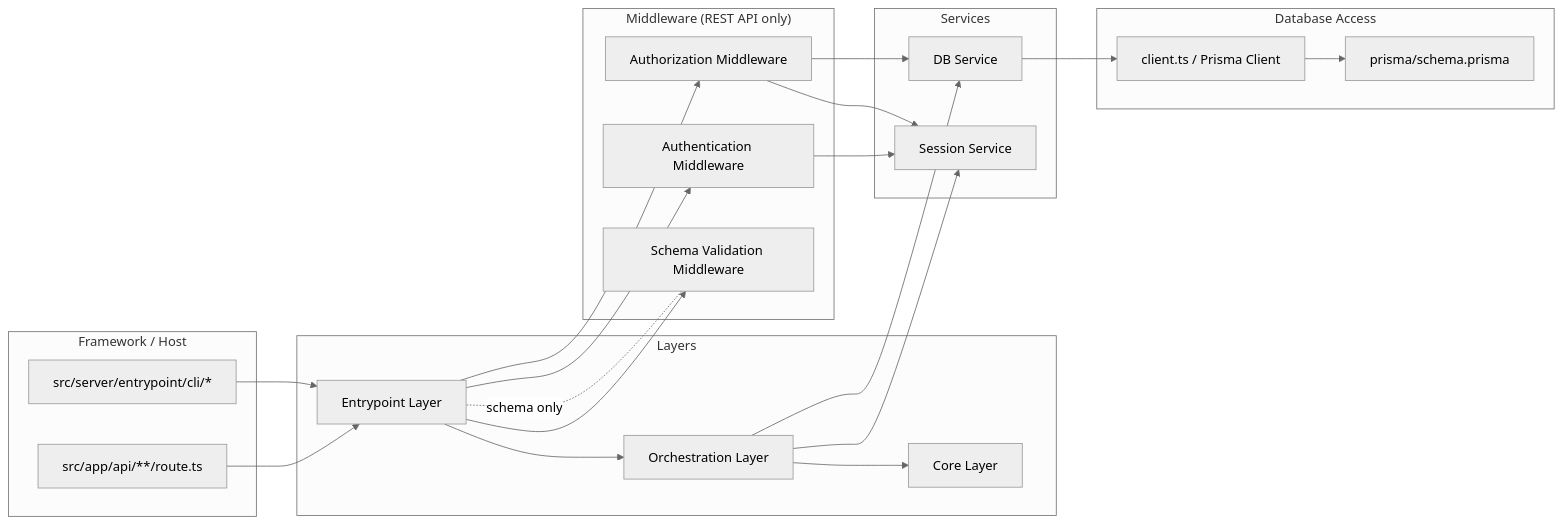
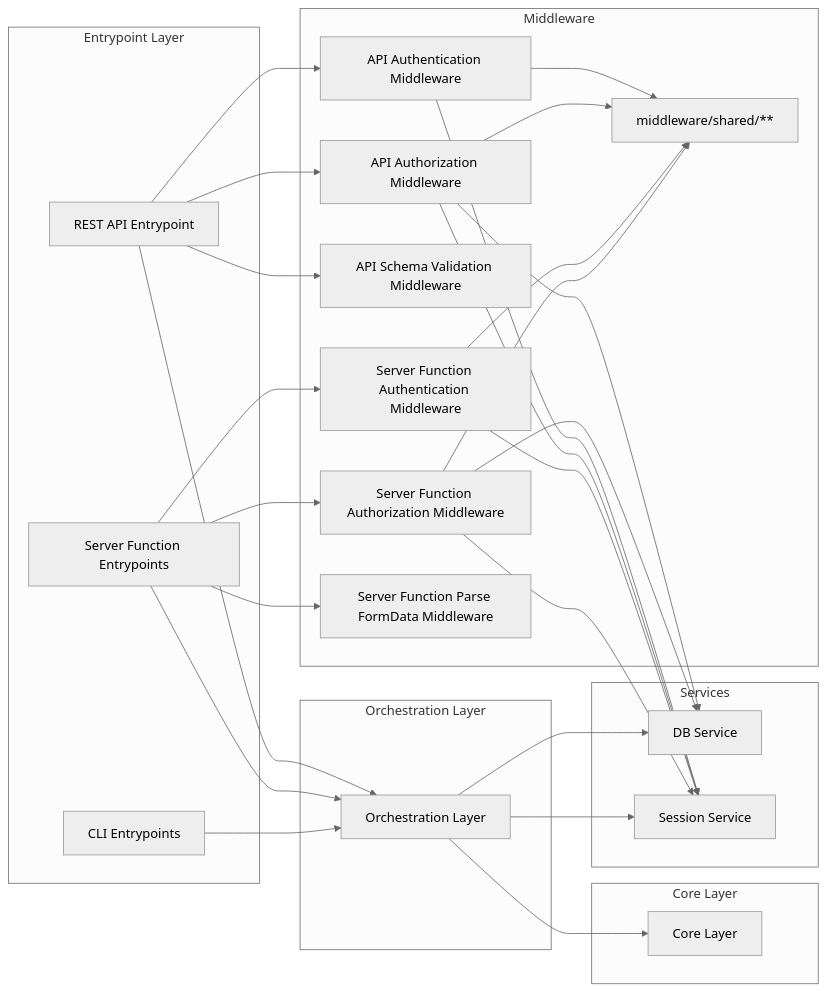
The first of 3 diagrams in docs/architecture/rearchitecture-proposal.md (Antonyacosta78/dnd-character-manager), drawn with Mermaid (neutral theme) before and after one commit. The commit also changed other lines of this file, not shown here.

Commit message:
docs(architecture): Rearchitecture proposal final draft

````diff
--- a/docs/architecture/rearchitecture-proposal.md
+++ b/docs/architecture/rearchitecture-proposal.md
@@ -440,59 +578,69 @@
 ```mermaid
 flowchart LR
-    %% Framework boundary
-    subgraph FRAMEWORK["Framework / Host"]
-        ROUTE["src/app/api/**/route.ts"]
-        CLI["src/server/entrypoint/cli/*"]
+    %% Main layers
+    subgraph ENTRY["Entrypoint Layer"]
+        ROUTE["REST API Entrypoint"]
+        SERVER_FN["Server Function Entrypoints"]
+        CLI["CLI Entrypoints"]
     end
 
-    %% Main layers
-    subgraph LAYERS["Layers"]
-        ENTRY["Entrypoint Layer"]
+    subgraph ORCH_LAYER["Orchestration Layer"]
         ORCH["Orchestration Layer"]
+    end
+
+    subgraph CORE_LAYER["Core Layer"]
         CORE["Core Layer"]
     end
 
     %% Middleware
-    subgraph MIDDLEWARE["Middleware (REST API only)"]
-        AUTHN["Authentication Middleware"]
-        AUTHZ["Authorization Middleware"]
-        VALID["Schema Validation Middleware"]
+    subgraph MIDDLEWARE["Middleware"]
+        AUTHN_API["API Authentication Middleware"]
+        AUTHZ_API["API Authorization Middleware"]
+        VALID_API["API Schema Validation Middleware"]
+
+        AUTHN_SF["Server Function Authentication Middleware"]
+        AUTHZ_SF["Server Function Authorization Middleware"]
+        PARSE_SF["Server Function Parse FormData Middleware"]
+
+        SHARED["middleware/shared/**"]
     end
 
     %% Services
     subgraph SERVICES["Services"]
         DB["DB Service"]
         SESSION["Session Service"]
     end
 
-    %% DB internals
-    subgraph DBSTACK["Database Access"]
-        PRISMA_CLIENT["client.ts / Prisma Client"]
-        PRISMA_SCHEMA["prisma/schema.prisma"]
-    end
+    %% Entrypoint dependencies
+    ROUTE --> AUTHN_API
+    ROUTE --> AUTHZ_API
+    ROUTE --> VALID_API
+    ROUTE --> ORCH
 
-    %% Framework wiring
-    ROUTE --> ENTRY
-    CLI --> ENTRY
+    SERVER_FN --> AUTHN_SF
+    SERVER_FN --> AUTHZ_SF
+    SERVER_FN --> PARSE_SF
+    SERVER_FN --> ORCH
 
-    %% Entrypoint dependencies
-    ENTRY --> AUTHN
-    ENTRY --> AUTHZ
-    ENTRY --> VALID
-    ENTRY --> ORCH
+    CLI --> ORCH
+
+    %% Shared middleware logic
+    AUTHN_API --> SHARED
+    AUTHZ_API --> SHARED
+    AUTHN_SF --> SHARED
+    AUTHZ_SF --> SHARED
 
     %% Middleware dependencies
-    AUTHN --> SESSION
-    AUTHZ --> SESSION
-    AUTHZ --> DB
-    VALID -. schema only .- ENTRY
+    AUTHN_API --> SESSION
+    AUTHZ_API --> SESSION
+    AUTHZ_API --> DB
+
+    AUTHN_SF --> SESSION
+    AUTHZ_SF --> SESSION
+    AUTHZ_SF --> DB
 
     %% Orchestration dependencies
     ORCH --> CORE
     ORCH --> DB
     ORCH --> SESSION
-
-    %% Service dependencies
-    DB --> PRISMA_CLIENT
-    PRISMA_CLIENT --> PRISMA_SCHEMA
 ```
````
